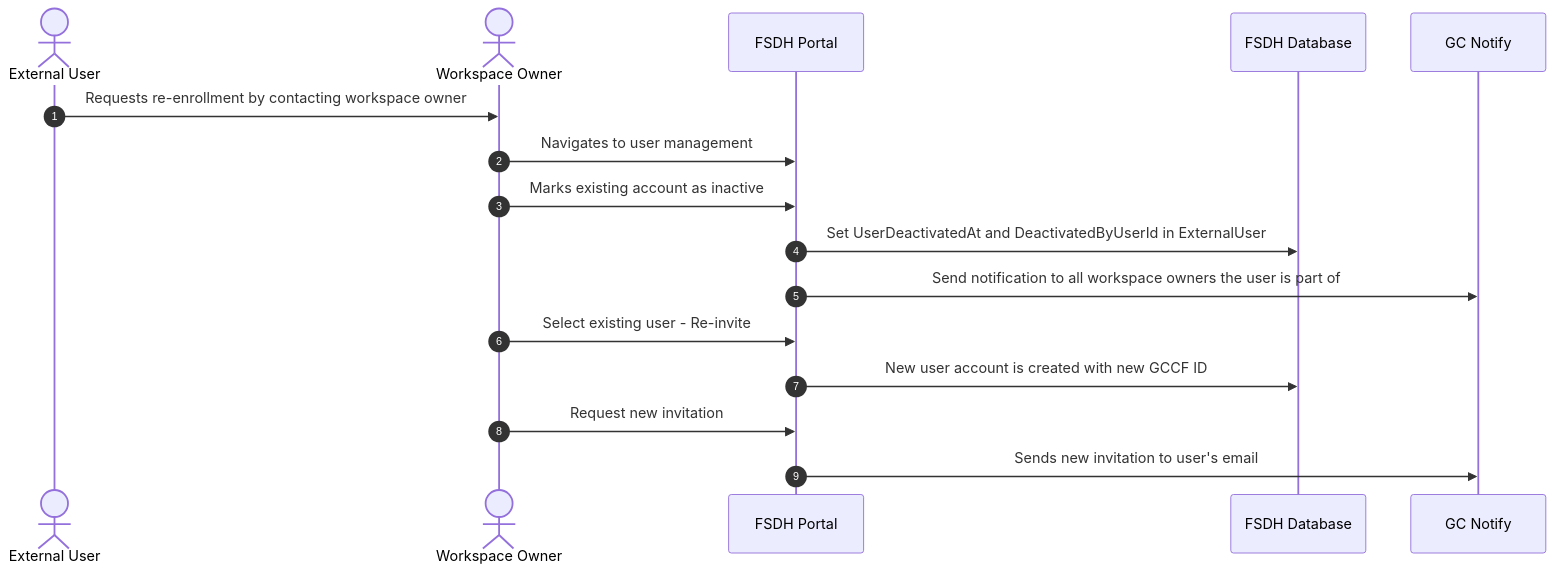
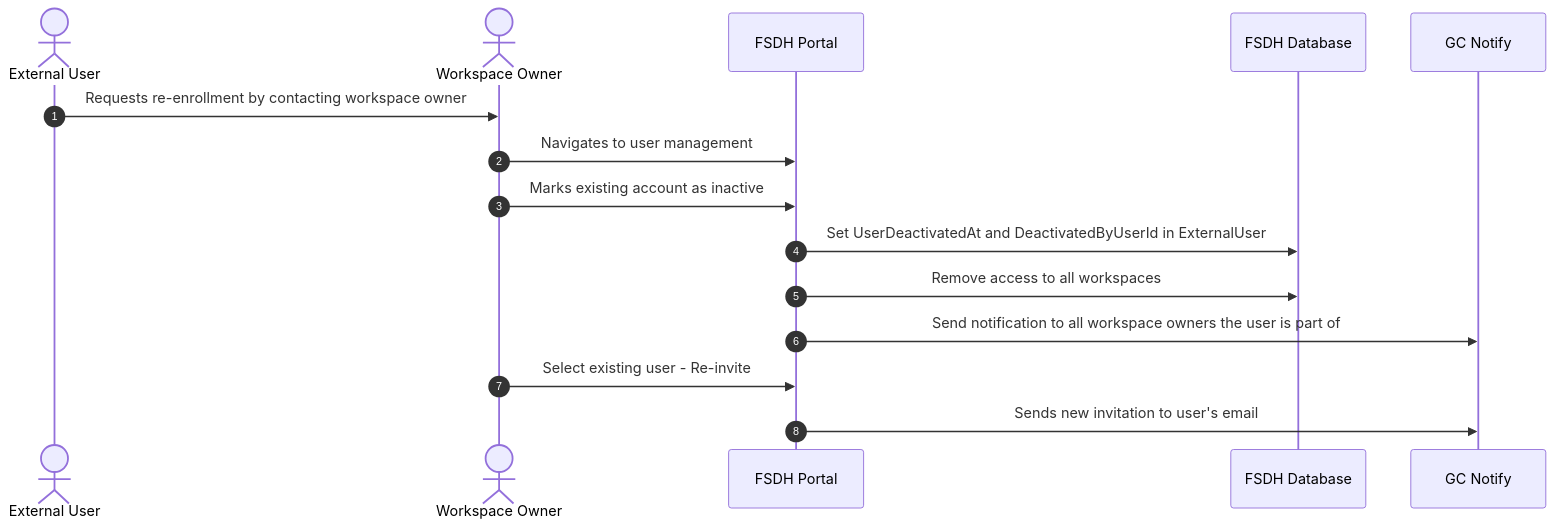
One commit to ssc-sp/datahub-docs changed the ninth of 12 diagrams in DeveloperGuide/GCCF/AuthenticationFlows.md. Above: the diagram before and after it, drawn with Mermaid. The commit also changed 1 other file, not shown here.

Commit message:
minor corrections

````diff
--- a/DeveloperGuide/GCCF/AuthenticationFlows.md
+++ b/DeveloperGuide/GCCF/AuthenticationFlows.md
@@ -289,19 +289,18 @@
 ```mermaid
 sequenceDiagram
     actor User as External User
     actor Owner as Workspace Owner
     participant FSDH as FSDH Portal
     participant DB as FSDH Database
     participant GCNotify as GC Notify
 
     autonumber
     User->>Owner: Requests re-enrollment by contacting workspace owner
     Owner->>FSDH: Navigates to user management
     Owner->>FSDH: Marks existing account as inactive
     FSDH->>DB: Set UserDeactivatedAt and DeactivatedByUserId in ExternalUser
+    FSDH->>DB: Remove access to all workspaces
     FSDH->>GCNotify: Send notification to all workspace owners the user is part of
     Owner->>FSDH: Select existing user - Re-invite
-    FSDH->>DB: New user account is created with new GCCF ID
-    Owner->>FSDH: Request new invitation
     FSDH->>GCNotify: Sends new invitation to user's email
 ```
````
